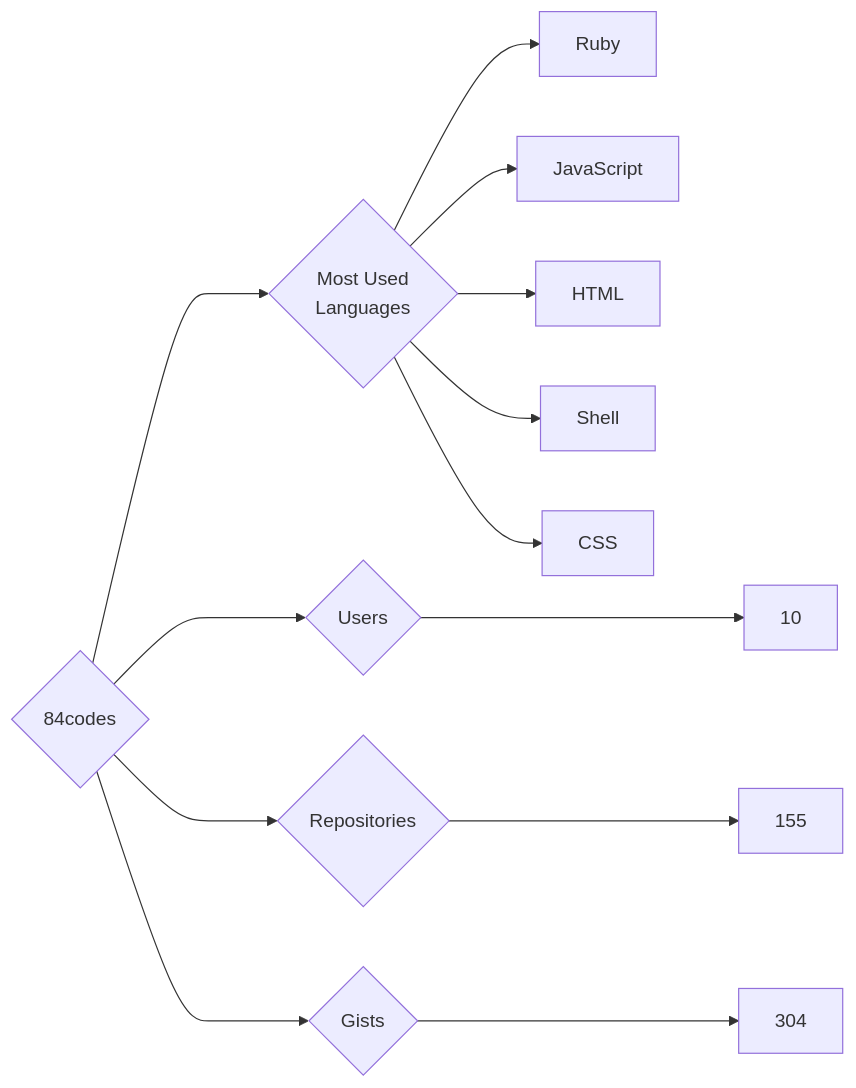
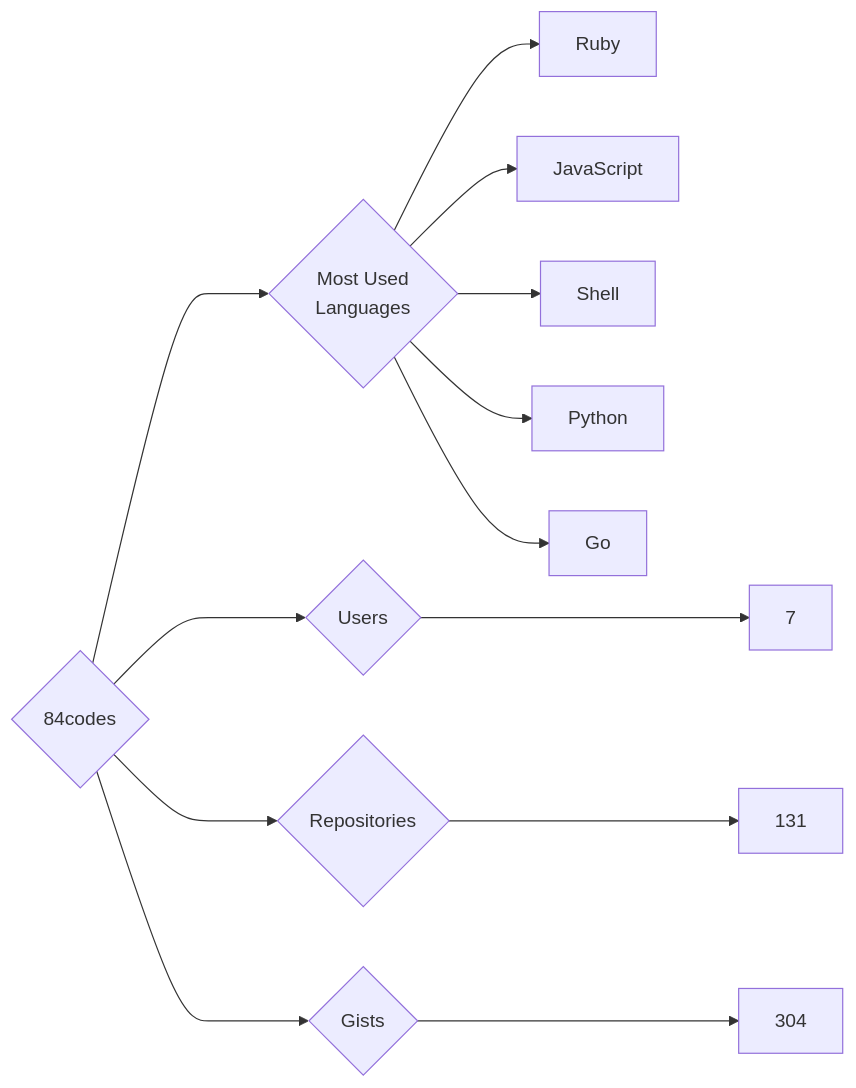
The diagram in targets/84codes/README.md (trickest/insiders), drawn with Mermaid before and after one commit. The commit also changed 914 other files, not shown here.

````diff
--- a/targets/84codes/README.md
+++ b/targets/84codes/README.md
@@ -3,13 +3,13 @@
 ```mermaid
 graph LR
 COMPANY_NAME{84codes}
-COMPANY_NAME ---> U{Users} ---> UN[10]
-COMPANY_NAME ---> R{Repositories} ---> RN[155]
+COMPANY_NAME ---> U{Users} ---> UN[7]
+COMPANY_NAME ---> R{Repositories} ---> RN[131]
 COMPANY_NAME ---> G{Gists} ---> GN[304]
 COMPANY_NAME ---> ML{Most Used<br>Languages}
 ML --> Ruby[Ruby]
 ML --> JavaScript[JavaScript]
-ML --> HTML[HTML]
 ML --> Shell[Shell]
-ML --> CSS[CSS]
+ML --> Python[Python]
+ML --> Go[Go]
 ```
````
